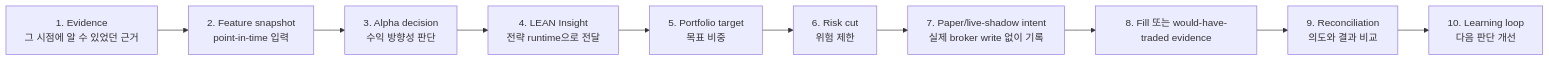
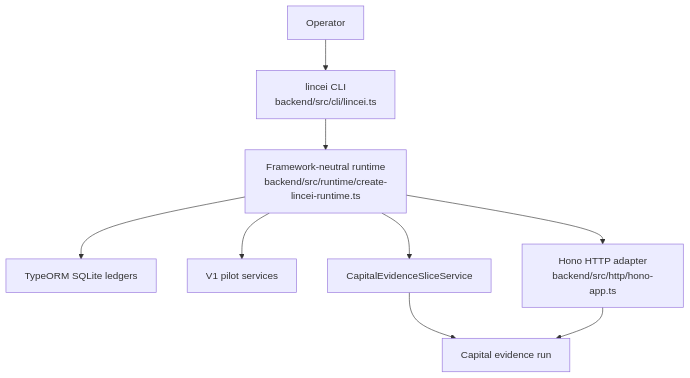
The first of 3 diagrams in result.md (gigio1023/lincei-quant-research-engine), drawn with Mermaid before and after one commit. The commit also changed other lines of this file and 54 other files, not shown here.

First line of the commit message:
Add capital evidence CLI runtime

````diff
--- a/result.md
+++ b/result.md
@@ -59,12 +39,11 @@
 ```mermaid
-flowchart LR
-    A["1. Evidence<br/>그 시점에 알 수 있었던 근거"] --> B["2. Feature snapshot<br/>point-in-time 입력"]
-    B --> C["3. Alpha decision<br/>수익 방향성 판단"]
-    C --> D["4. LEAN Insight<br/>전략 runtime으로 전달"]
-    D --> E["5. Portfolio target<br/>목표 비중"]
-    E --> F["6. Risk cut<br/>위험 제한"]
-    F --> G["7. Paper/live-shadow intent<br/>실제 broker write 없이 기록"]
-    G --> H["8. Fill 또는 would-have-traded evidence"]
-    H --> I["9. Reconciliation<br/>의도와 결과 비교"]
-    I --> J["10. Learning loop<br/>다음 판단 개선"]
+graph TD
+    A["Operator"] --> B["lincei CLI<br/>backend/src/cli/lincei.ts"]
+    B --> C["Framework-neutral runtime<br/>backend/src/runtime/create-lincei-runtime.ts"]
+    C --> D["TypeORM SQLite ledgers"]
+    C --> E["V1 pilot services"]
+    C --> F["CapitalEvidenceSliceService"]
+    C --> G["Hono HTTP adapter<br/>backend/src/http/hono-app.ts"]
+    F --> H["Capital evidence run"]
+    G --> H
 ```
````
